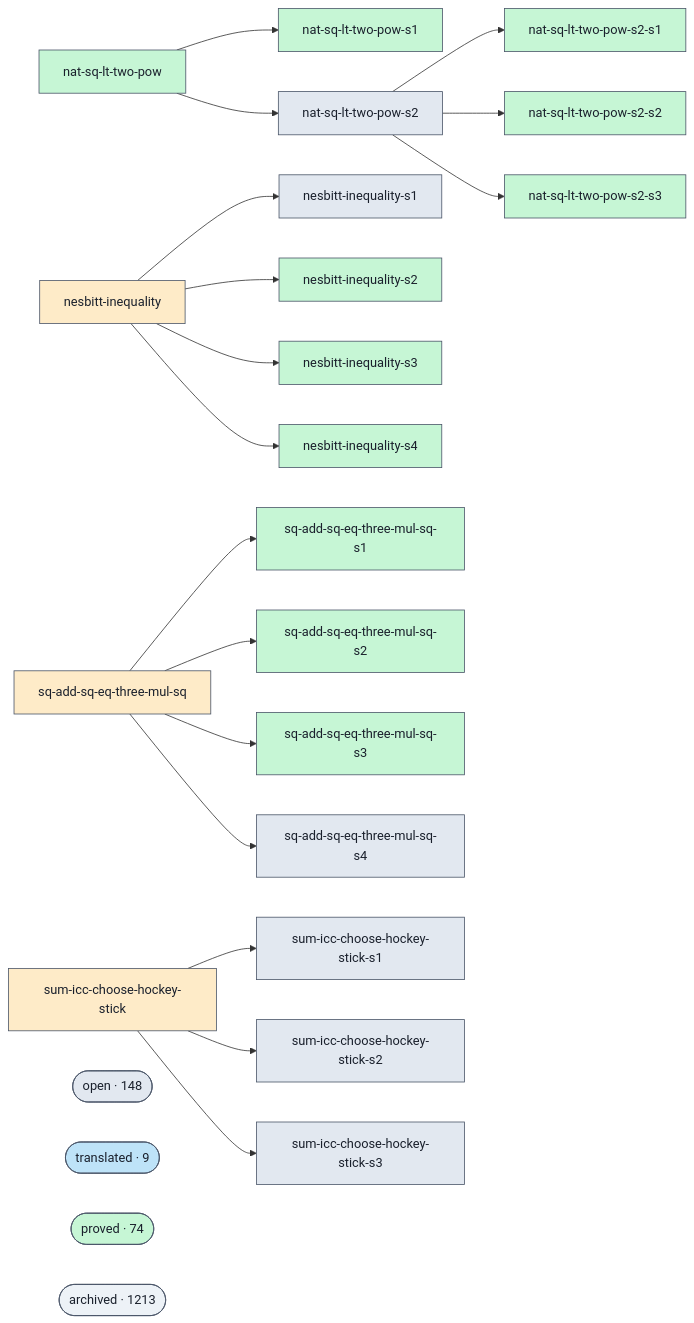
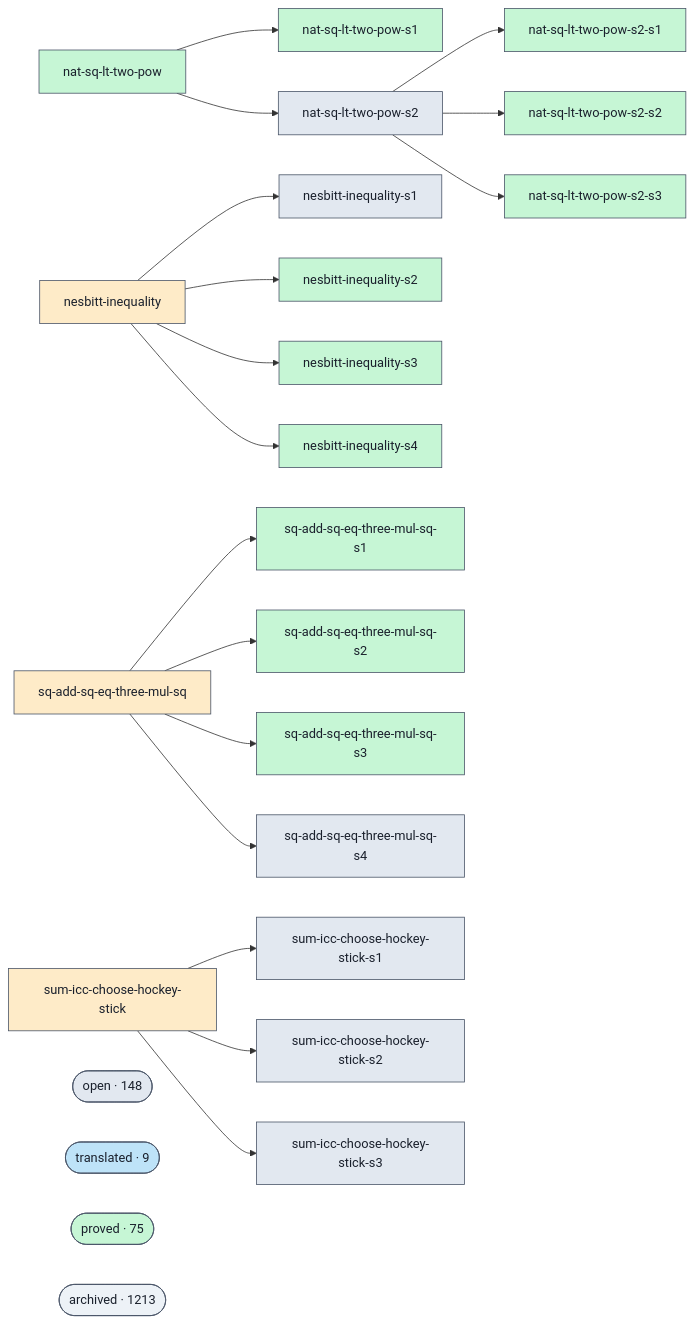
The diagram in docs/proofs-contributors-visualisation.md (ohdearquant/unsorry), drawn with Mermaid before and after one commit. The commit also changed other lines of this file and 2 other files, not shown here.

```diff
--- a/docs/proofs-contributors-visualisation.md
+++ b/docs/proofs-contributors-visualisation.md
@@ -102,7 +102,7 @@
   class cluster_open open;
   cluster_translated(["translated · 9"])
   class cluster_translated translated;
-  cluster_proved(["proved · 74"])
+  cluster_proved(["proved · 75"])
   class cluster_proved proved;
   cluster_archived(["archived · 1213"])
   class cluster_archived unknown;
```
